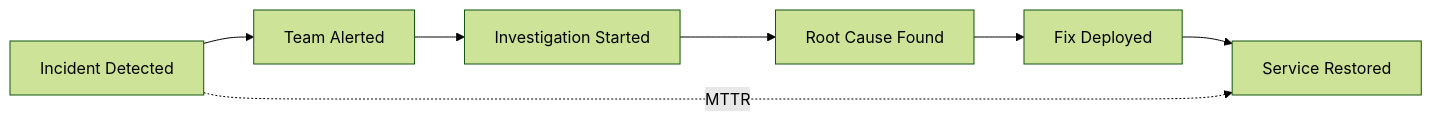
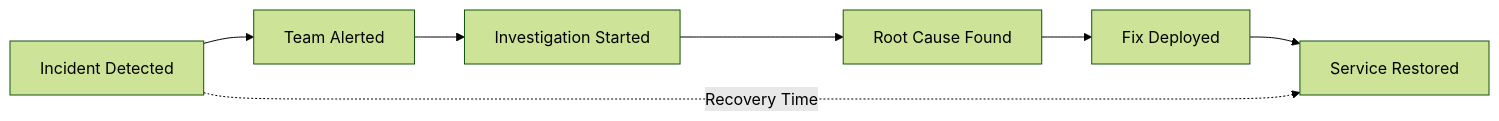
Before and after one commit to OneUptime/blog: the fourth of 5 diagrams in posts/2026-02-20-devops-metrics-dora/README.md, drawn with Mermaid (forest theme). The commit also changed other lines of this file and 2 other files, not shown here.

````diff
--- a/posts/2026-02-20-devops-metrics-dora/README.md
+++ b/posts/2026-02-20-devops-metrics-dora/README.md
@@ -261,9 +275,9 @@
 ```mermaid
 graph LR
     A[Incident Detected] --> B[Team Alerted]
     B --> C[Investigation Started]
     C --> D[Root Cause Found]
     D --> E[Fix Deployed]
     E --> F[Service Restored]
-    A -.->|MTTR| F
+    A -.->|Recovery Time| F
 ```
````
